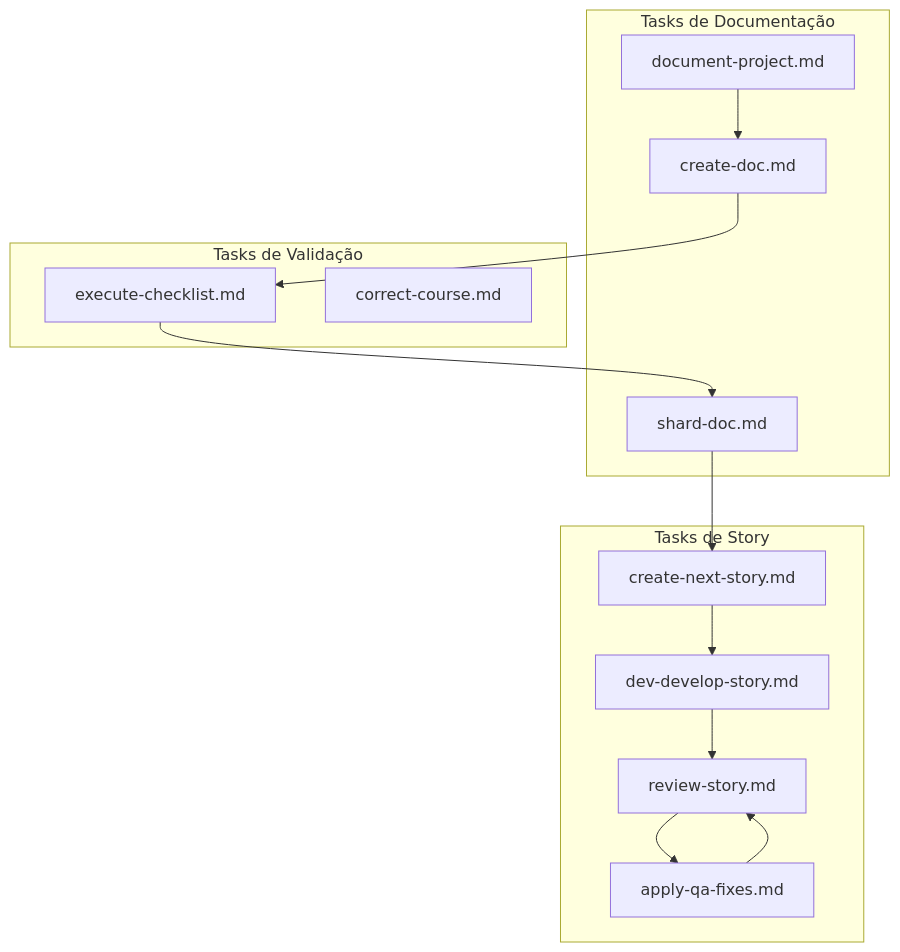
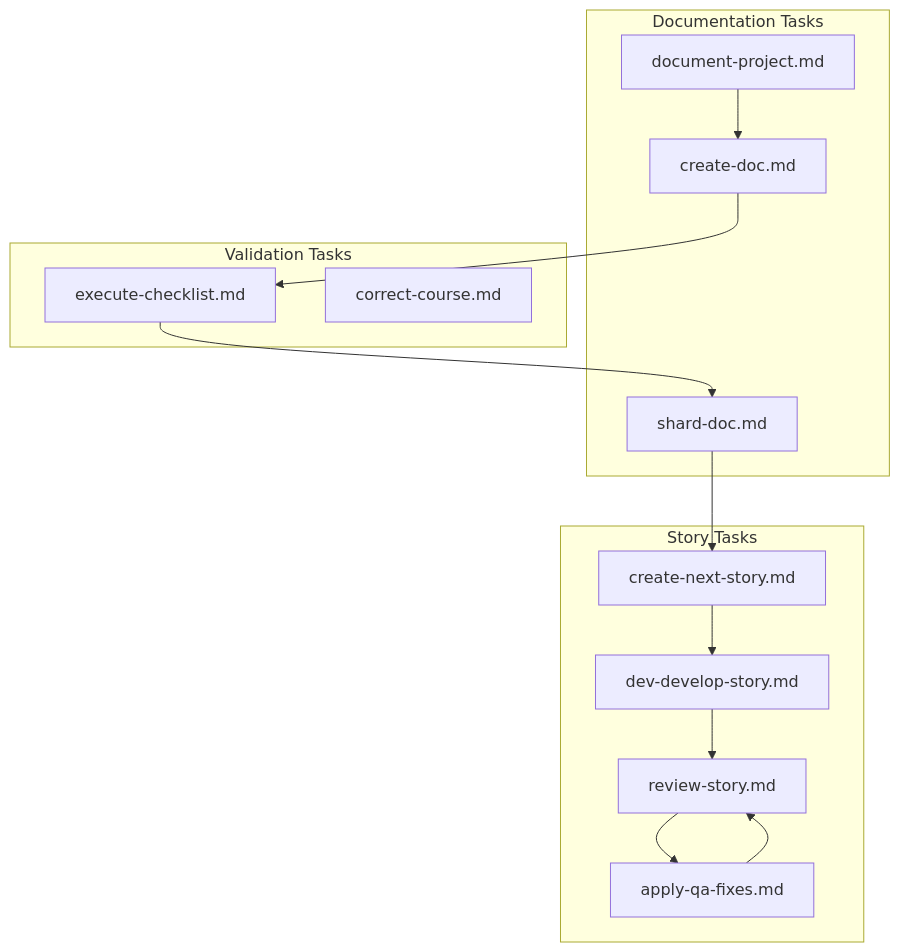
The fifth of 7 diagrams in docs/aexos-workflows/brownfield-ui-workflow.md (CyryxLabs/AEXOS), drawn with Mermaid before and after one commit. The commit also changed other lines of this file and 528 other files, not shown here.

````diff
--- a/docs/aexos-workflows/brownfield-ui-workflow.md
+++ b/docs/aexos-workflows/brownfield-ui-workflow.md
@@ -491,29 +491,29 @@
 ```mermaid
 graph TB
-    subgraph "Tasks de Documentação"
+    subgraph "Documentation Tasks"
         T1[document-project.md]
         T2[create-doc.md]
         T3[shard-doc.md]
     end
 
-    subgraph "Tasks de Story"
+    subgraph "Story Tasks"
         T4[create-next-story.md]
         T5[dev-develop-story.md]
         T6[review-story.md]
         T7[apply-qa-fixes.md]
     end
 
-    subgraph "Tasks de Validação"
+    subgraph "Validation Tasks"
         T8[execute-checklist.md]
         T9[correct-course.md]
     end
 
     T1 --> T2
     T2 --> T8
     T8 --> T3
     T3 --> T4
     T4 --> T5
     T5 --> T6
     T6 --> T7
     T7 --> T6
 ```
````
